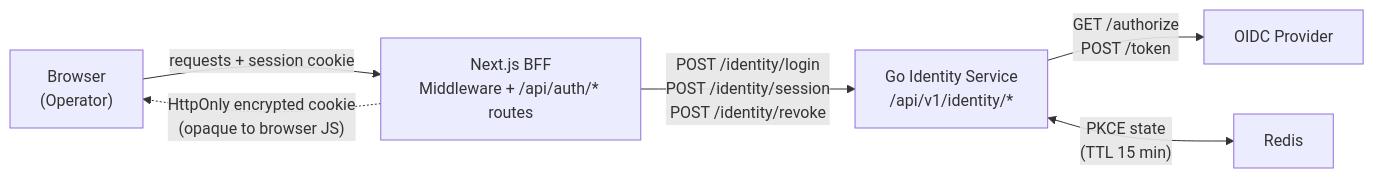
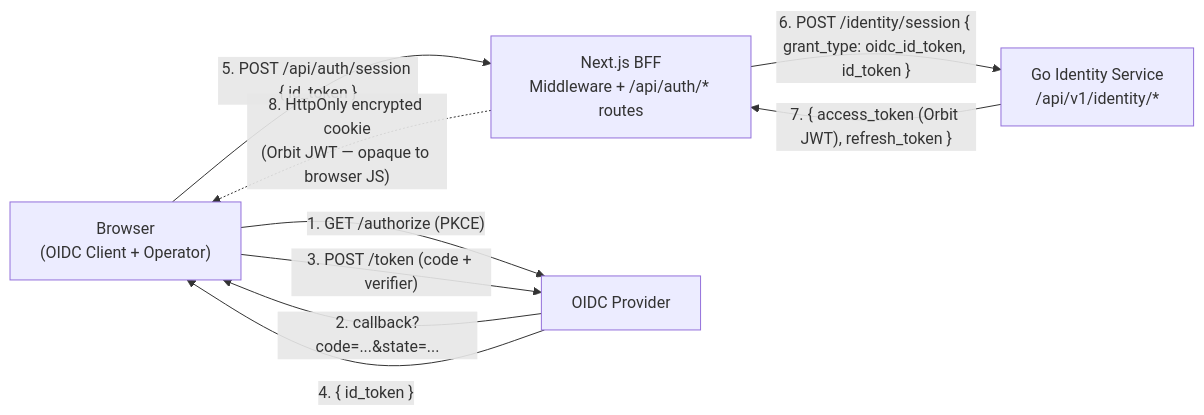
The first of 2 diagrams in docs/prd/browser-auth-flow.md (runkora/kora), drawn with Mermaid before and after one commit. The commit also changed other lines of this file and 3 other files, not shown here.

Commit message:
docs(auth): add browser auth flow ADR and PRD with BFF session architecture

````diff
--- a/docs/prd/browser-auth-flow.md
+++ b/docs/prd/browser-auth-flow.md
@@ -165,14 +164,16 @@
 ```mermaid
 graph LR
-    Browser["Browser\n(Operator)"]
+    Browser["Browser\n(OIDC Client + Operator)"]
     BFF["Next.js BFF\nMiddleware + /api/auth/* routes"]
     Backend["Go Identity Service\n/api/v1/identity/*"]
     OIDC["OIDC Provider"]
-    Redis["Redis"]
 
-    Browser -->|"requests + session cookie"| BFF
-    BFF -->|"POST /identity/login\nPOST /identity/session\nPOST /identity/revoke"| Backend
-    Backend -->|"GET /authorize\nPOST /token"| OIDC
-    Backend <-->|"PKCE state\n(TTL 15 min)"| Redis
-    BFF -.->|"HttpOnly encrypted cookie\n(opaque to browser JS)"| Browser
+    Browser -->|"1. GET /authorize (PKCE)"| OIDC
+    OIDC -->|"2. callback?code=...&state=..."| Browser
+    Browser -->|"3. POST /token (code + verifier)"| OIDC
+    OIDC -->|"4. { id_token }"| Browser
+    Browser -->|"5. POST /api/auth/session { id_token }"| BFF
+    BFF -->|"6. POST /identity/session { grant_type: oidc_id_token, id_token }"| Backend
+    Backend -->|"7. { access_token (Orbit JWT), refresh_token }"| BFF
+    BFF -.->|"8. HttpOnly encrypted cookie\n(Orbit JWT — opaque to browser JS)"| Browser
 ```
````
